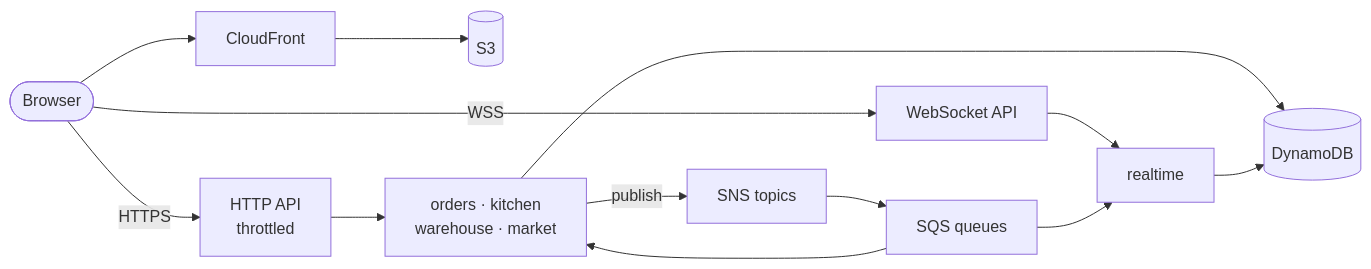
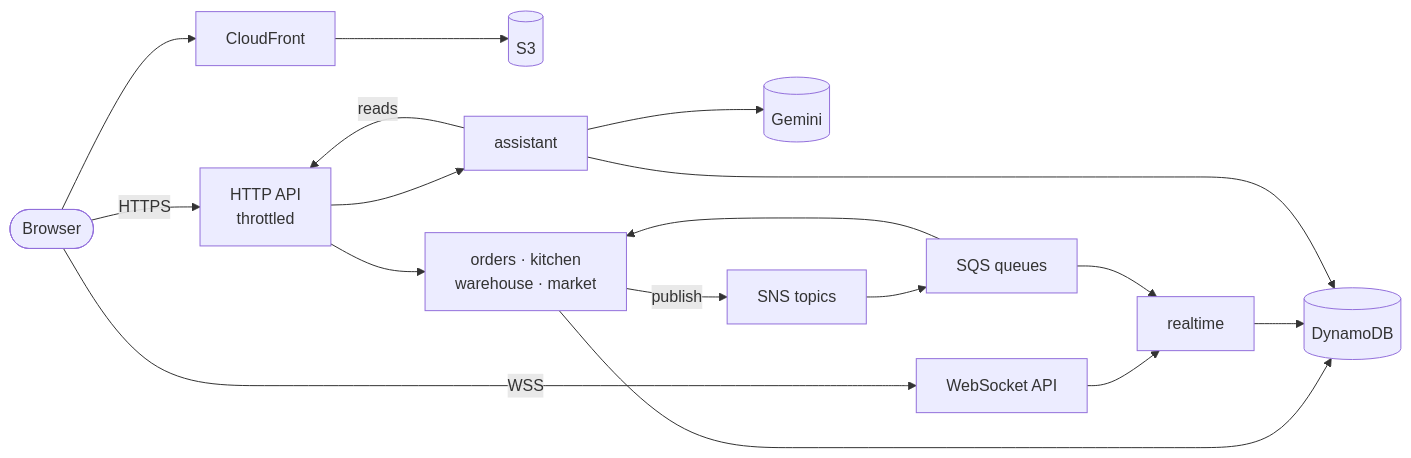
One commit to nicocasr/restaurant-free-lunch changed the second of 2 diagrams in docs/ARCHITECTURE.md. Above: the diagram before and after it, drawn with Mermaid. The commit also changed other lines of this file, not shown here.

Commit message:
docs: show how the assistant fits in the architecture

````diff
--- a/docs/ARCHITECTURE.md
+++ b/docs/ARCHITECTURE.md
@@ -251,10 +271,13 @@
 ```mermaid
 flowchart LR
     browser([Browser]) --> cf[CloudFront] --> s3[(S3)]
     browser -- HTTPS --> api[HTTP API<br/>throttled] --> lambdas[orders · kitchen<br/>warehouse · market]
+    api --> assistant[assistant] -- reads --> api
+    assistant --> gemini[(Gemini)]
     browser -- WSS --> ws[WebSocket API] --> rt[realtime]
     lambdas -- publish --> sns[SNS topics] --> sqs[SQS queues] --> lambdas
     sqs --> rt
     lambdas --> ddb[(DynamoDB)]
     rt --> ddb
+    assistant --> ddb
 ```
````
